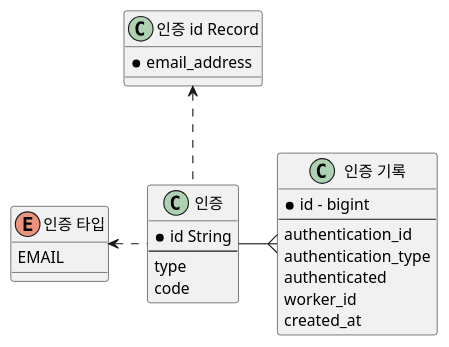
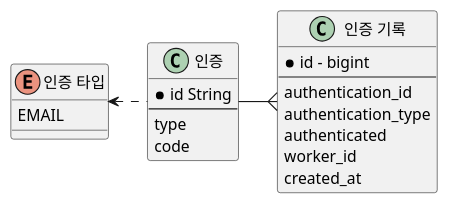
The diagram in .uml/authentication/Domain.puml (dykim-base-project/boot2-hexagonal), drawn with PlantUML before and after one commit. The commit also changed 1 other file, not shown here.

Commit message:
docs: README uml github 업로드 이미지로 교체
깃허브 업로드 시, 이미지 url 기준 캐시하기 때문에 동적 변경 불가능.
따라서 변경될 때마다 웹에서 캐시되도록 이미지를 따로 업로드해야 한다.

```diff
--- a/.uml/authentication/Domain.puml
+++ b/.uml/authentication/Domain.puml
@@ -1,56 +1,51 @@
 @startuml
-
-class "인증 id Record" as authentication_id {
-  * email_address
-}
 
 enum "인증 타입" as authentication_type {
   EMAIL
 }
 
 class "인증" as authentication {
   * id String
   ---
   type
   code
 }
 
 class "인증 기록" as authentication_history {
   * id - bigint
   ---
   authentication_id
   authentication_type
   authenticated
   worker_id
   created_at
 }
 
 authentication_type <. authentication
-authentication_id <.. authentication
 authentication -{ authentication_history
 
 'class "권한" {
 '    id
 '    ---
 '    권한 => 이메일_인증, 이메일_미인증, SNS_인증?
 '    스프링 시큐리티로 구현하셨음. 따라가보자.(도메인이 아닌거 같은데 그러면)
 '}
 
 ' TODO: 추후 작업 예정(프론트 없이 가능? 안되면 프론트 이후 작업)
 'class "SNS 인증" {
 '    id
 '    ___
 '    회원 id
 '    SNS 인증 종류
 '    리프레시 토큰 => 리프레시 토큰 만료 시 어떻게? 찾아보자.
 '}
 
 ' TODO: 추후 작업 예정
 'class "회원-권한" {
 '    회원 id
 '    권한 id
 '    ---
 '    굳이 관계 테이블까지?
 '}
 
 @enduml
```
